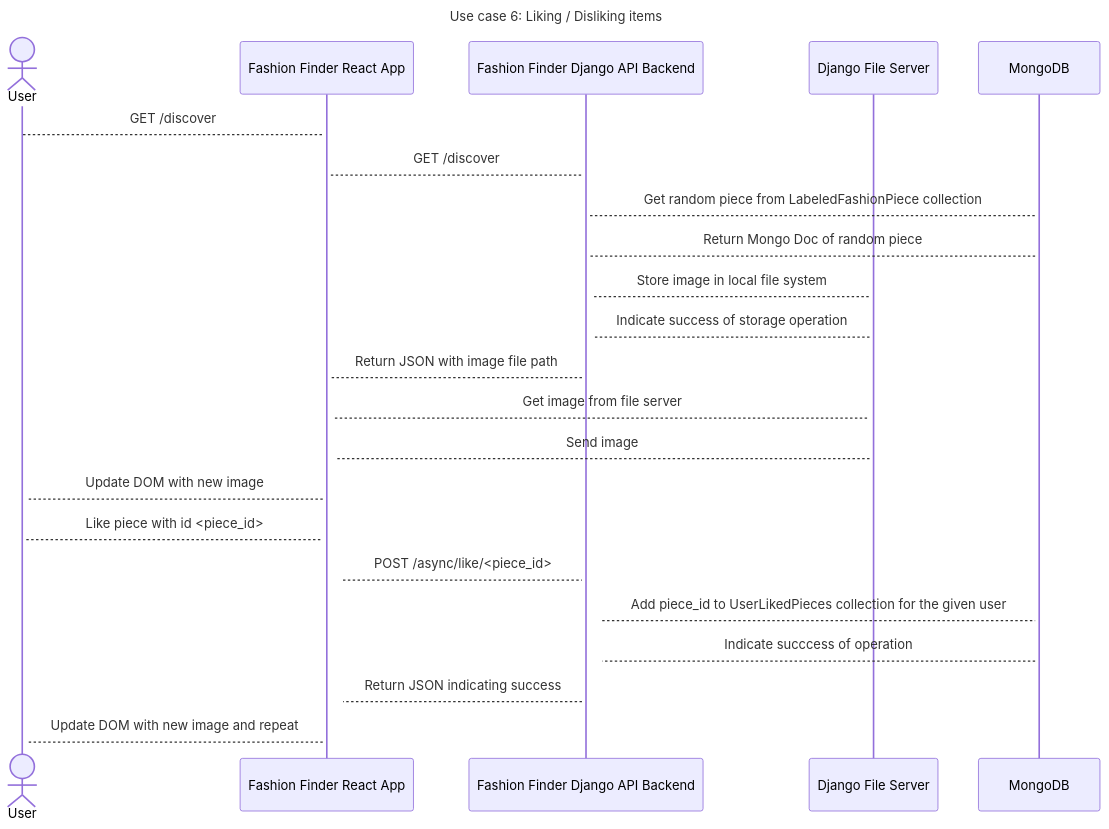
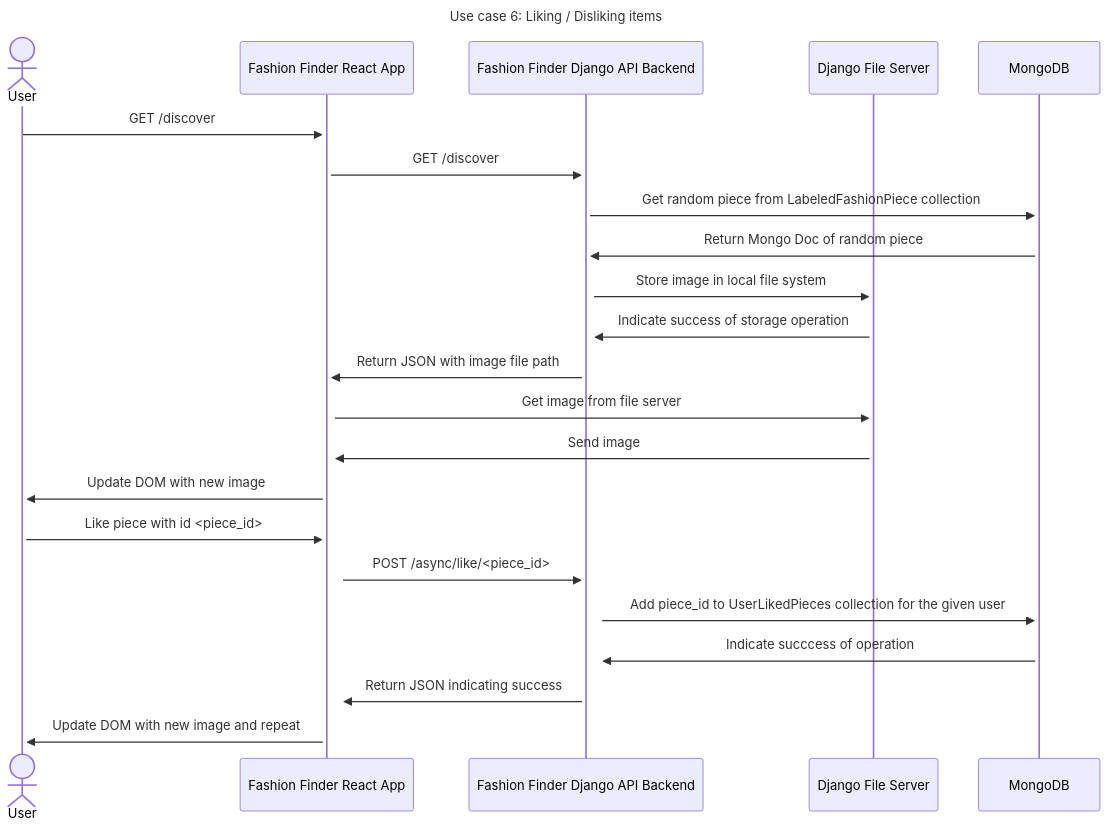
One commit to Capstone-Projects-2022-Fall/project-fashion-finder changed the sixth of 6 diagrams in documentation/docs/requirements/use-case-descriptions.md. Above: the diagram before and after it, drawn with Mermaid. The commit also changed other lines of this file, not shown here.

````diff
--- a/documentation/docs/requirements/use-case-descriptions.md
+++ b/documentation/docs/requirements/use-case-descriptions.md
@@ -192,27 +192,27 @@
 ```mermaid
 sequenceDiagram
     title Use case 6: Liking / Disliking items
     actor U as User
     participant F as Fashion Finder React App
     %% participant DM as Fashion Finder Django ML Backend
     %% participant DMC as Fashion Finder Django Color Backend
     participant DC as Fashion Finder Django API Backend
     participant DFS as Django File Server
     participant DB as MongoDB
-    U-->+F: GET /discover
-    F-->+DC: GET /discover
-    DC-->+DB: Get random piece from LabeledFashionPiece collection
-    DB-->+DC: Return Mongo Doc of random piece
-    DC-->+DFS: Store image in local file system
-    DFS-->+DC: Indicate success of storage operation
-    DC-->+F: Return JSON with image file path
-    F-->+DFS: Get image from file server
-    DFS-->+F: Send image
-    F-->+U: Update DOM with new image
-    U-->+F: Like piece with id <piece_id>
-    F-->+DC: POST /async/like/<piece_id>
-    DC-->+DB: Add piece_id to UserLikedPieces collection for the given user
-    DB-->DC: Indicate succcess of operation 
-    DC-->+F: Return JSON indicating success
-    F-->+U: Update DOM with new image and repeat 
+    U->>+F: GET /discover
+    F->>+DC: GET /discover
+    DC->>+DB: Get random piece from LabeledFashionPiece collection
+    DB->>+DC: Return Mongo Doc of random piece
+    DC->>+DFS: Store image in local file system
+    DFS->>+DC: Indicate success of storage operation
+    DC->>+F: Return JSON with image file path
+    F->>+DFS: Get image from file server
+    DFS->>+F: Send image
+    F->>+U: Update DOM with new image
+    U->>+F: Like piece with id <piece_id>
+    F->>+DC: POST /async/like/<piece_id>
+    DC->>+DB: Add piece_id to UserLikedPieces collection for the given user
+    DB->>DC: Indicate succcess of operation 
+    DC->>+F: Return JSON indicating success
+    F->>+U: Update DOM with new image and repeat 
 ```
````
